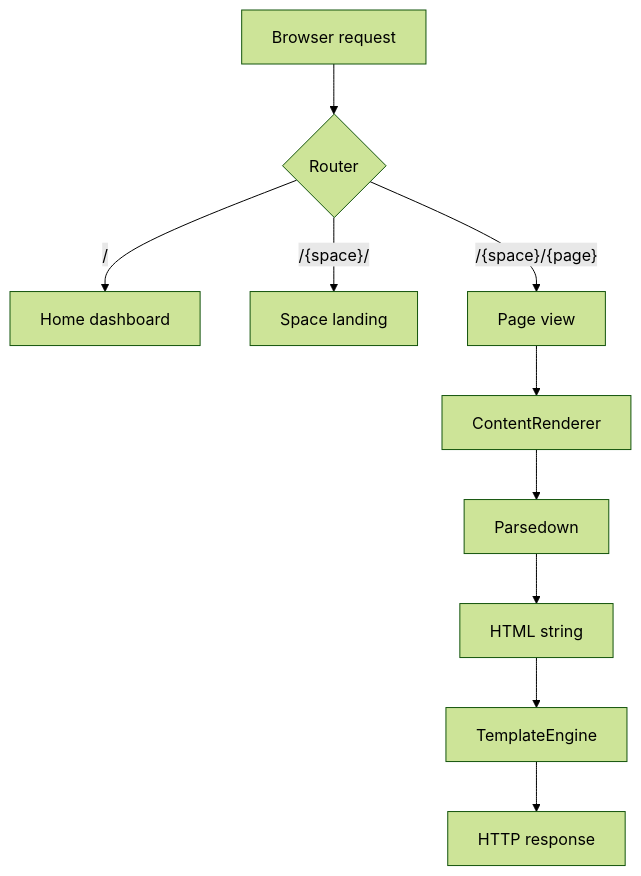
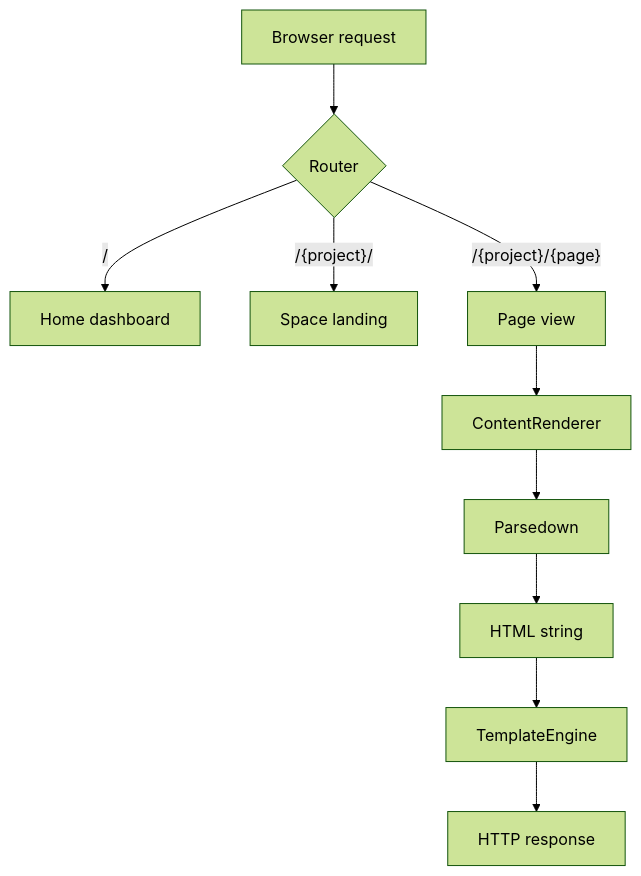
The first of 3 diagrams in public_md/getting-started/12-markdown-sample.md (joehunterdev/diplodocus.joehunter.dev), drawn with Mermaid (forest theme) before and after one commit. The commit also changed 6 other files, not shown here.

````diff
--- a/public_md/getting-started/12-markdown-sample.md
+++ b/public_md/getting-started/12-markdown-sample.md
@@ -300,12 +300,12 @@
 ```mermaid
 flowchart TD
     A[Browser request] --> B{Router}
     B -->|"/"| C[Home dashboard]
-    B -->|"/{space}/"| D[Space landing]
-    B -->|"/{space}/{page}"| E[Page view]
+    B -->|"/{project}/"| D[Space landing]
+    B -->|"/{project}/{page}"| E[Page view]
     E --> F[ContentRenderer]
     F --> G[Parsedown]
     G --> H[HTML string]
     H --> I[TemplateEngine]
     I --> J[HTTP response]
 ```
````
